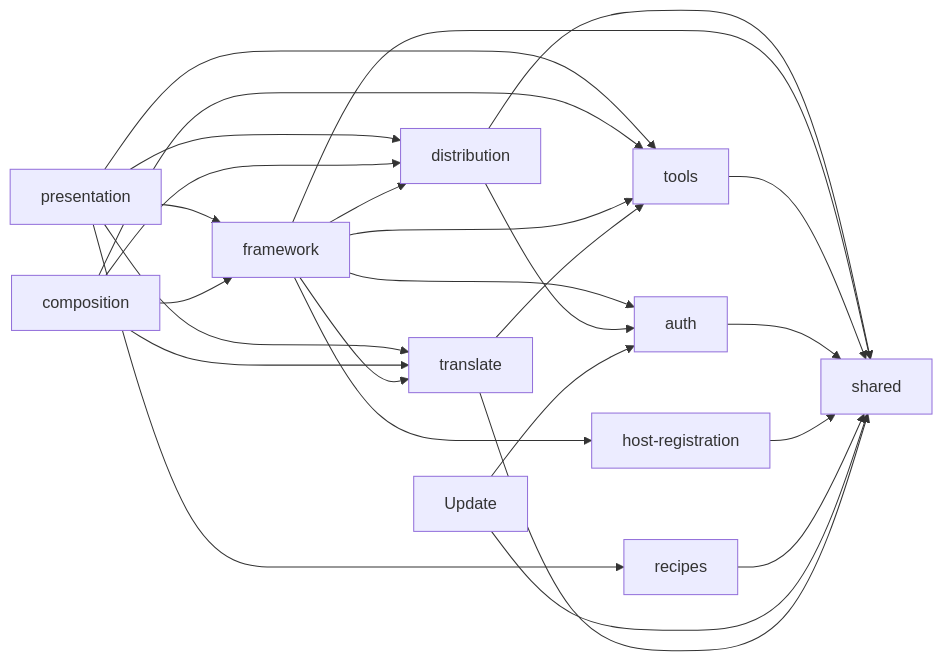
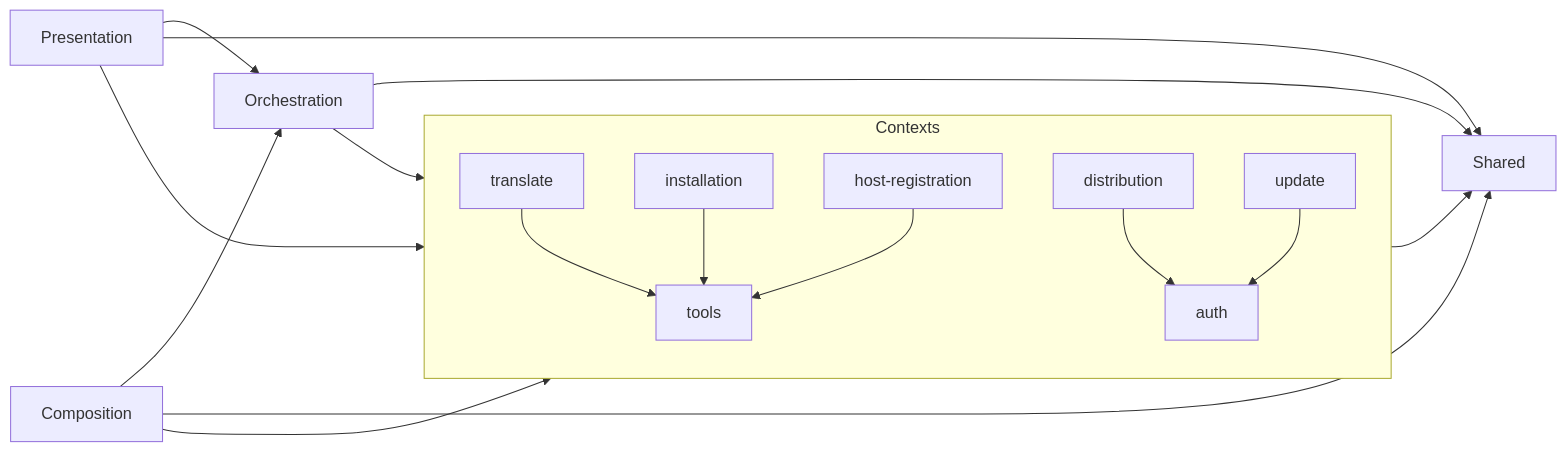
One commit to ai-driven-dev/framework changed the diagram in cli/aidd_docs/memory/architecture.md. Above: the diagram before and after it, drawn with Mermaid. The commit also changed other lines of this file and 2 other files, not shown here.

Commit message:
docs(cli): rewrite architecture, codebase map and cli memory to the current tree

````diff
--- a/cli/aidd_docs/memory/architecture.md
+++ b/cli/aidd_docs/memory/architecture.md
@@ -15,28 +7,19 @@
 ```mermaid
 flowchart LR
-    Presentation["presentation"] --> Distribution["distribution"]
-    Presentation --> Framework["framework"]
-    Presentation --> Recipes["recipes"]
-    Presentation --> Tools["tools"]
-    Presentation --> Translate["translate"]
-    Composition["composition"] --> Distribution
-    Composition --> Framework
-    Composition --> Tools
-    Composition --> Translate
-    Framework --> Translate
-    Framework --> Distribution
-    Framework --> Tools
-    Framework --> Auth["auth"]
-    Framework --> HostRegistration["host-registration"]
-    Distribution --> Auth
-    Translate --> Tools
-    Distribution --> Shared["shared"]
-    Framework --> Shared
-    Tools --> Shared
-    Auth --> Shared
-    HostRegistration --> Shared
-    Update --> Auth
-    Recipes --> Shared
-    Update --> Shared
-    Translate --> Shared
+    Presentation --> Orchestration
+    Presentation --> Contexts
+    Composition --> Orchestration
+    Composition --> Contexts
+    Orchestration --> Contexts
+    subgraph Contexts
+        translate --> tools
+        installation --> tools
+        host-registration --> tools
+        distribution --> auth
+        update --> auth
+    end
+    Contexts --> Shared
+    Orchestration --> Shared
+    Presentation --> Shared
+    Composition --> Shared
 ```
````
